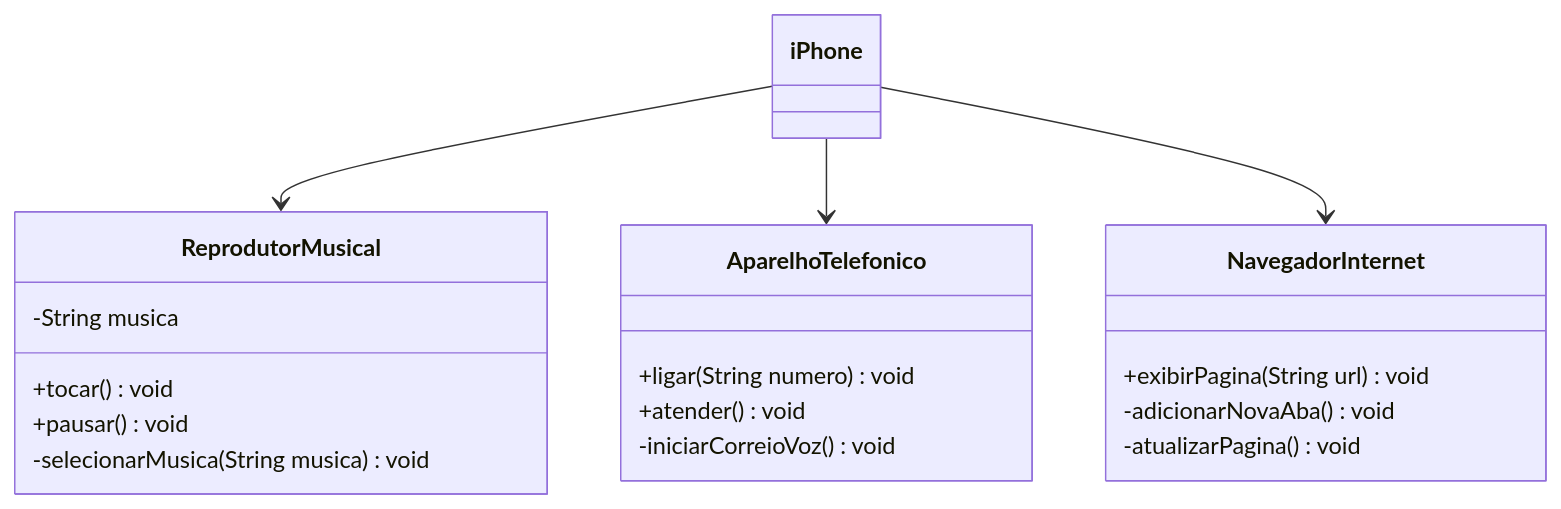
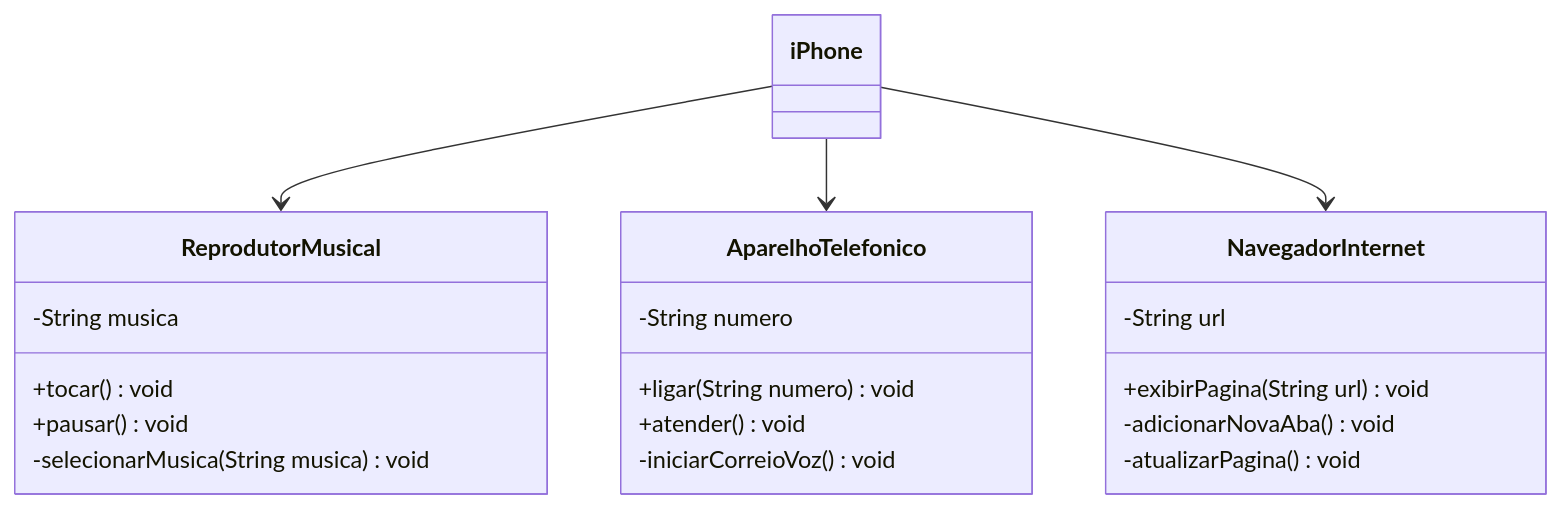
One commit to diogocampos2/iPhone changed the diagram in README.md. Above: the diagram before and after it, drawn with Mermaid.

Commit message:
Att. README.md

````diff
--- a/README.md
+++ b/README.md
@@ -1,28 +1,30 @@
 ```mermaid
 classDiagram
     class ReprodutorMusical {
         -String musica
         +tocar()  void 
         +pausar()  void 
         -selecionarMusica(String musica)  void
     }
 
     class AparelhoTelefonico {
+        -String numero
         +ligar(String numero)  void
         +atender()  void
         -iniciarCorreioVoz()  void
     }
 
     class NavegadorInternet {
+        -String url
         +exibirPagina(String url)  void
         -adicionarNovaAba()  void
         -atualizarPagina()  void
     }
 
     class iPhone {
     }
 
     iPhone --> ReprodutorMusical
     iPhone --> AparelhoTelefonico
     iPhone --> NavegadorInternet
 ```
````
